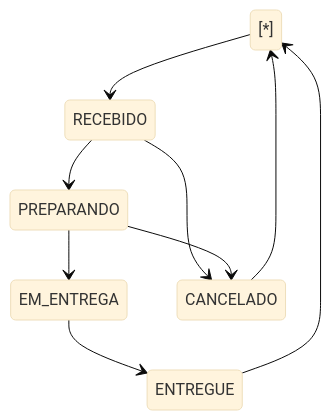
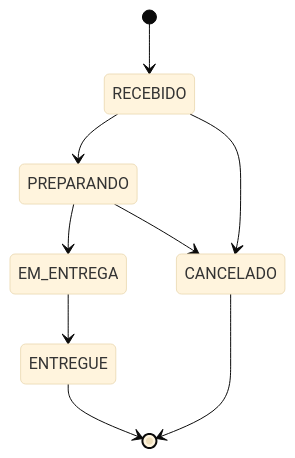
One commit to c3s4rAugust0/cupcakes-gourmet changed the fifth of 6 diagrams in docs/03_diagramas_uml.md. Above: the diagram before and after it, drawn with Mermaid (base theme). The commit also changed other lines of this file, not shown here.

````diff
--- a/docs/03_diagramas_uml.md
+++ b/docs/03_diagramas_uml.md
@@ -104,11 +104,11 @@
 ```mermaid
 stateDiagram-v2
-  \[\*] --> RECEBIDO
+  [*] --> RECEBIDO
   RECEBIDO --> PREPARANDO
-  PREPARANDO --> EM\_ENTREGA
-  EM\_ENTREGA --> ENTREGUE
+  PREPARANDO --> EM_ENTREGA
+  EM_ENTREGA --> ENTREGUE
   RECEBIDO --> CANCELADO
   PREPARANDO --> CANCELADO
-  ENTREGUE --> \[\*]
-  CANCELADO --> \[\*]
+  ENTREGUE --> [*]
+  CANCELADO --> [*]
 ```
````
